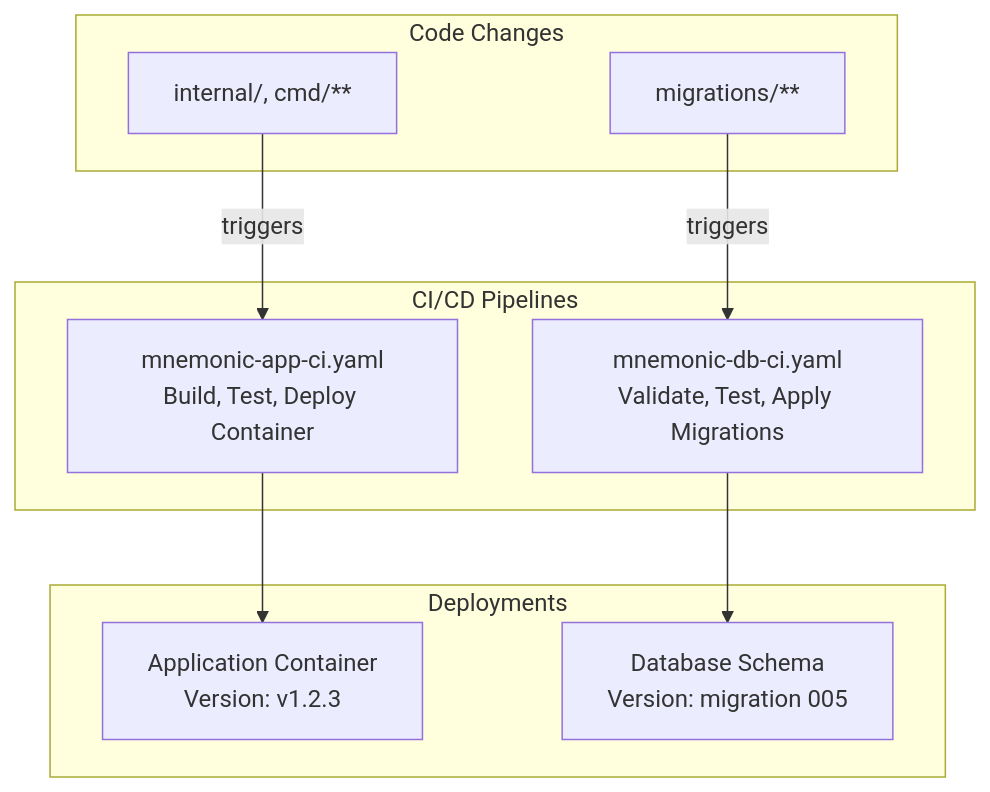
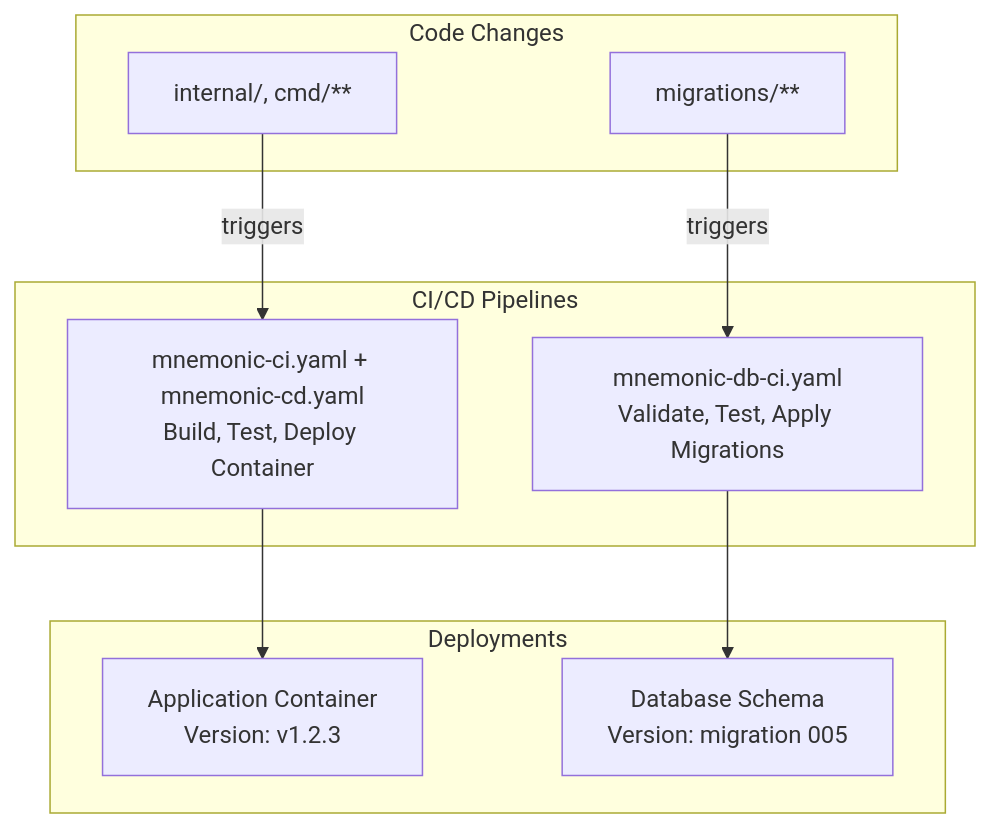
The sixth of 7 diagrams in docs/architecture/05-deployment-architecture.md (twistingmercury/mnemonic-mcp), drawn with Mermaid before and after one commit. The commit also changed other lines of this file and 6 other files, not shown here.

````diff
--- a/docs/architecture/05-deployment-architecture.md
+++ b/docs/architecture/05-deployment-architecture.md
@@ -249,22 +249,22 @@
 ```mermaid
 graph TB
     subgraph "Code Changes"
         APP_CODE[internal/, cmd/**]
         DB_CODE[migrations/**]
     end
 
     subgraph "CI/CD Pipelines"
-        APP_CI[mnemonic-app-ci.yaml<br/>Build, Test, Deploy Container]
+        APP_CI[mnemonic-ci.yaml + mnemonic-cd.yaml<br/>Build, Test, Deploy Container]
         DB_CI[mnemonic-db-ci.yaml<br/>Validate, Test, Apply Migrations]
     end
 
     subgraph "Deployments"
         APP_DEPLOY[Application Container<br/>Version: v1.2.3]
         DB_DEPLOY[Database Schema<br/>Version: migration 005]
     end
 
     APP_CODE -->|triggers| APP_CI
     DB_CODE -->|triggers| DB_CI
     APP_CI --> APP_DEPLOY
     DB_CI --> DB_DEPLOY
 ```
````
